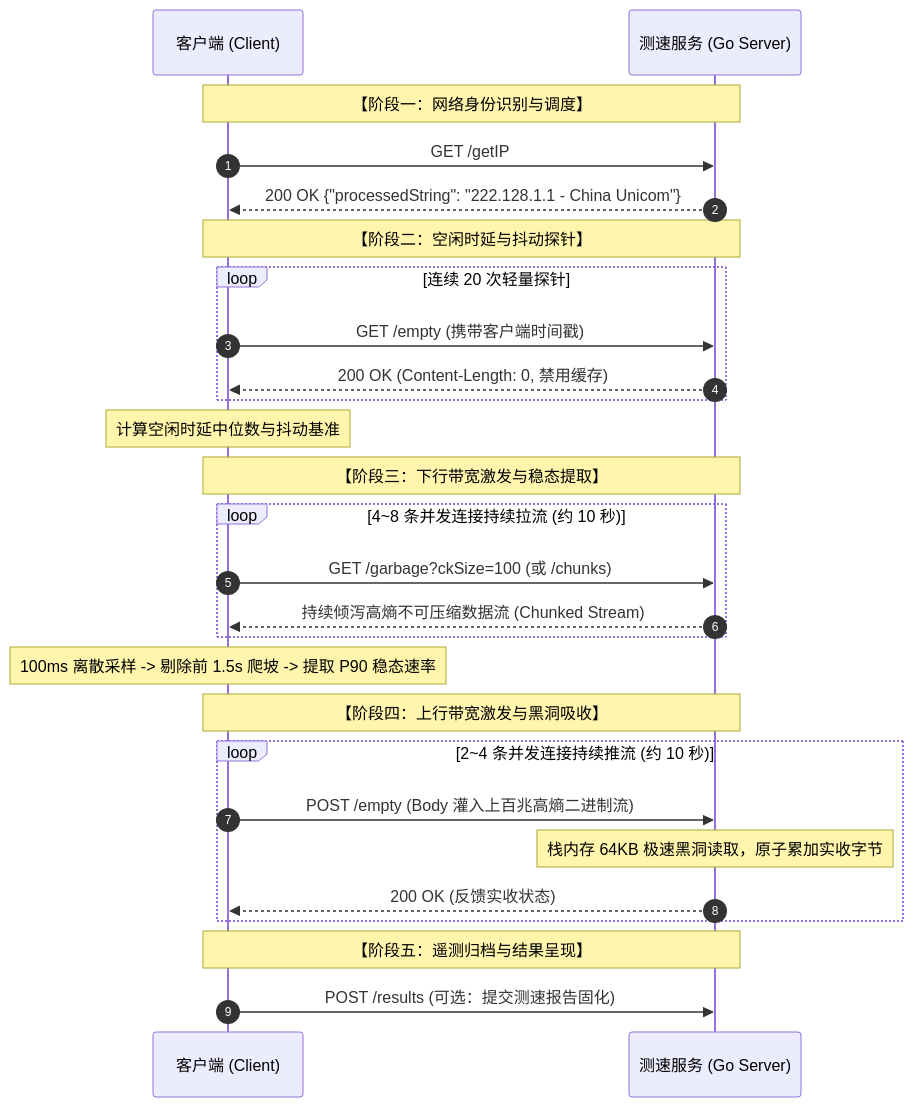
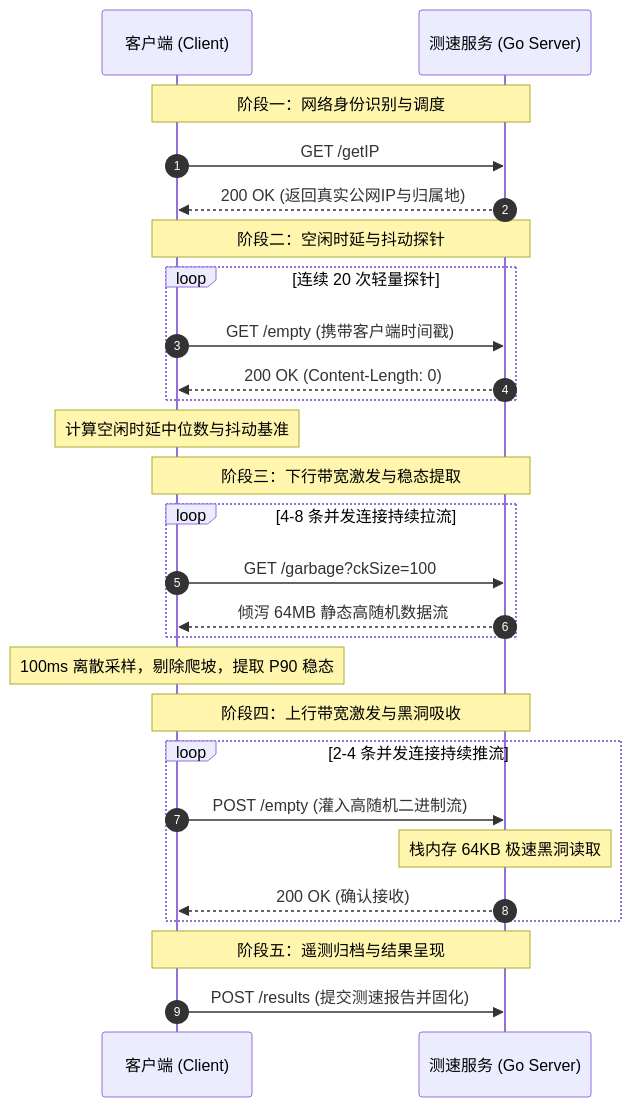
The third of 7 diagrams in content/posts/speedtest-go-deep-dive-whitepaper.md (MoreConsequence/MoreConsequence.github.io), drawn with Mermaid before and after one commit. The commit also changed other lines of this file and 13 other files, not shown here.

First line of the commit message:
feat(post): publish speedtest deep dive whitepaper with KaTeX formulas and publication-grade SVG diagrams

````diff
--- a/content/posts/speedtest-go-deep-dive-whitepaper.md
+++ b/content/posts/speedtest-go-deep-dive-whitepaper.md
@@ -95,34 +76,34 @@
 ```mermaid
 sequenceDiagram
     autonumber
     participant C as 客户端 (Client)
     participant S as 测速服务 (Go Server)
 
-    Note over C,S: 【阶段一：网络身份识别与调度】
+    Note over C,S: 阶段一：网络身份识别与调度
     C->>S: GET /getIP
-    S-->>C: 200 OK {"processedString": "222.128.1.1 - China Unicom"}
+    S-->>C: 200 OK (返回真实公网IP与归属地)
 
-    Note over C,S: 【阶段二：空闲时延与抖动探针】
+    Note over C,S: 阶段二：空闲时延与抖动探针
     loop 连续 20 次轻量探针
         C->>S: GET /empty (携带客户端时间戳)
-        S-->>C: 200 OK (Content-Length: 0, 禁用缓存)
+        S-->>C: 200 OK (Content-Length: 0)
     end
     Note over C: 计算空闲时延中位数与抖动基准
 
-    Note over C,S: 【阶段三：下行带宽激发与稳态提取】
-    loop 4~8 条并发连接持续拉流 (约 10 秒)
-        C->>S: GET /garbage?ckSize=100 (或 /chunks)
-        S-->>C: 持续倾泻高熵不可压缩数据流 (Chunked Stream)
+    Note over C,S: 阶段三：下行带宽激发与稳态提取
+    loop 4-8 条并发连接持续拉流
+        C->>S: GET /garbage?ckSize=100
+        S-->>C: 倾泻 64MB 静态高随机数据流
     end
-    Note over C: 100ms 离散采样 -> 剔除前 1.5s 爬坡 -> 提取 P90 稳态速率
+    Note over C: 100ms 离散采样，剔除爬坡，提取 P90 稳态
 
-    Note over C,S: 【阶段四：上行带宽激发与黑洞吸收】
-    loop 2~4 条并发连接持续推流 (约 10 秒)
-        C->>S: POST /empty (Body 灌入上百兆高熵二进制流)
-        Note over S: 栈内存 64KB 极速黑洞读取，原子累加实收字节
-        S-->>C: 200 OK (反馈实收状态)
+    Note over C,S: 阶段四：上行带宽激发与黑洞吸收
+    loop 2-4 条并发连接持续推流
+        C->>S: POST /empty (灌入高随机二进制流)
+        Note over S: 栈内存 64KB 极速黑洞读取
+        S-->>C: 200 OK (确认接收)
     end
 
-    Note over C,S: 【阶段五：遥测归档与结果呈现】
-    C->>S: POST /results (可选：提交测速报告固化)
+    Note over C,S: 阶段五：遥测归档与结果呈现
+    C->>S: POST /results (提交测速报告并固化)
 ```
````
